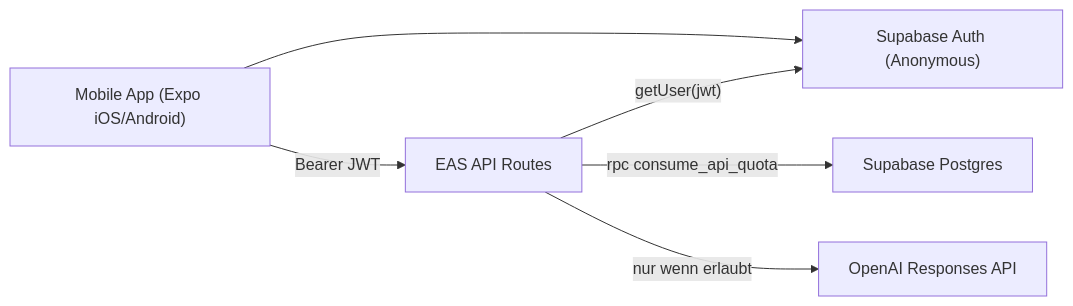
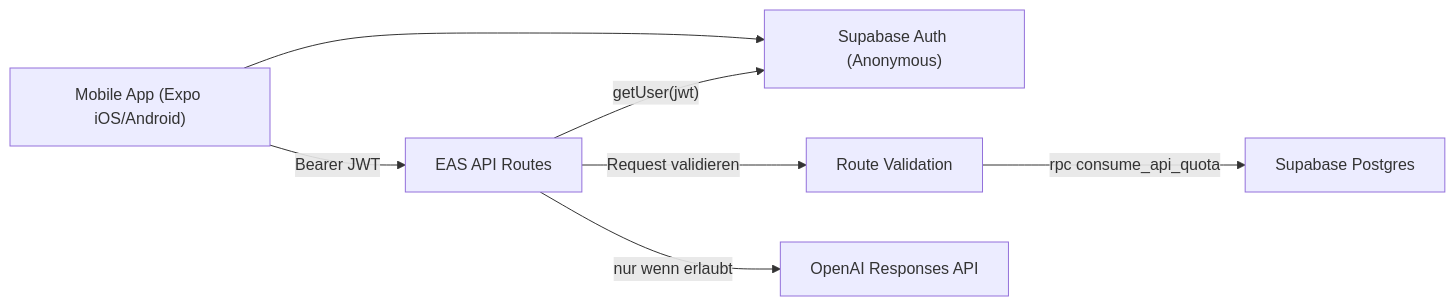
One commit to DHBWLoerrach/CodeCompanion changed the diagram in SUPABASE_API_SECURITY_PLAN.md. Above: the diagram before and after it, drawn with Mermaid. The commit also changed other lines of this file, not shown here.

Commit message:
Refine Supabase API security plan for auth and quota helpers

````diff
--- a/SUPABASE_API_SECURITY_PLAN.md
+++ b/SUPABASE_API_SECURITY_PLAN.md
@@ -57,8 +57,9 @@
 ```mermaid
 flowchart LR
   A["Mobile App (Expo iOS/Android)"] -->|"Bearer JWT"| B["EAS API Routes"]
   A --> C["Supabase Auth (Anonymous)"]
   B -->|"getUser(jwt)"| C
-  B -->|"rpc consume_api_quota"| D["Supabase Postgres"]
+  B -->|"Request validieren"| V["Route Validation"]
+  V -->|"rpc consume_api_quota"| D["Supabase Postgres"]
   B -->|"nur wenn erlaubt"| E["OpenAI Responses API"]
 ```
````
